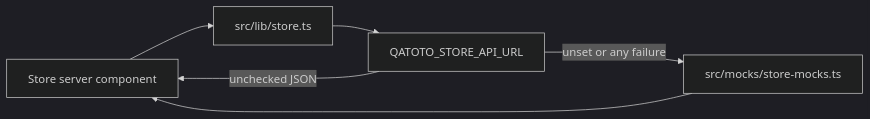
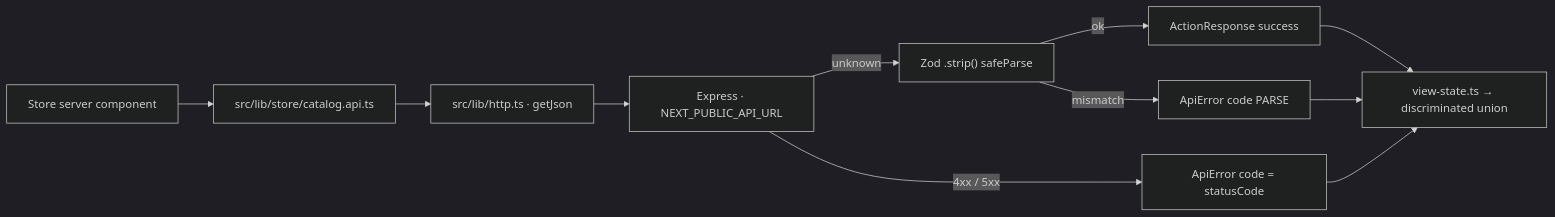
One commit to vidyesh95/qatoto-frontend changed the first of 2 diagrams in docs/STORE_STRUCTURE.md. Above: the diagram before and after it, drawn with Mermaid (dark theme). The commit also changed other lines of this file and 87 other files, not shown here.

````diff
--- a/docs/STORE_STRUCTURE.md
+++ b/docs/STORE_STRUCTURE.md
@@ -70,8 +119,13 @@
 ```mermaid
 flowchart LR
-  page[Store server component] --> getter[src/lib/store.ts]
-  getter --> optionalApi[QATOTO_STORE_API_URL]
-  optionalApi -->|unchecked JSON| page
-  optionalApi -->|unset or any failure| mocks[src/mocks/store-mocks.ts]
-  mocks --> page
+  page[Store server component] --> api["src/lib/store/catalog.api.ts"]
+  api --> http["src/lib/http.ts · getJson"]
+  http --> express["Express · NEXT_PUBLIC_API_URL"]
+  express -->|"unknown"| zod["Zod .strip() safeParse"]
+  zod -->|ok| ready["ActionResponse success"]
+  zod -->|"mismatch"| parseErr["ApiError code PARSE"]
+  express -->|"4xx / 5xx"| httpErr["ApiError code = statusCode"]
+  ready --> view["view-state.ts → discriminated union"]
+  parseErr --> view
+  httpErr --> view
 ```
````
